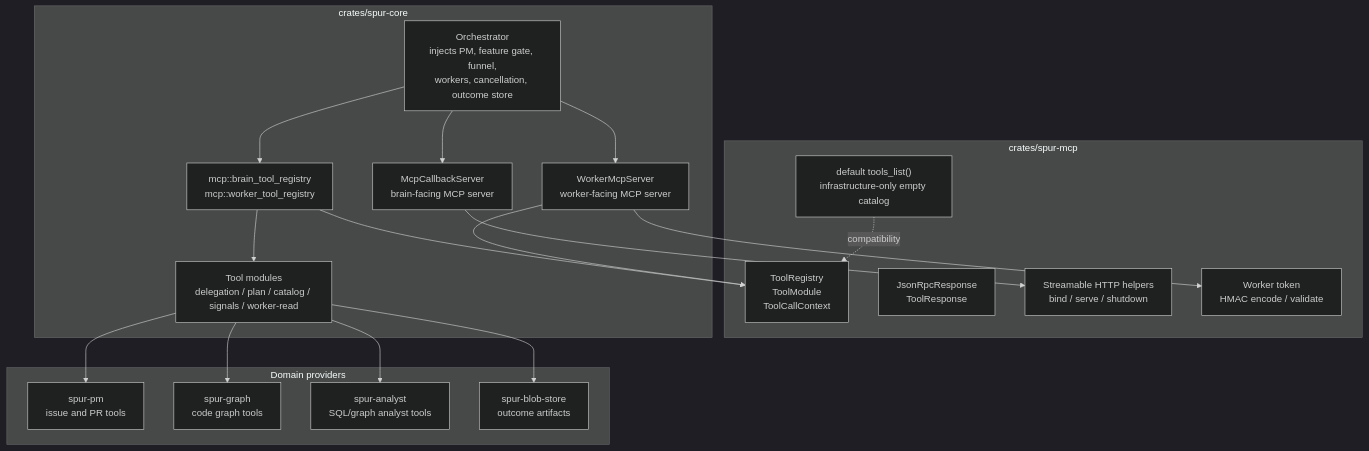
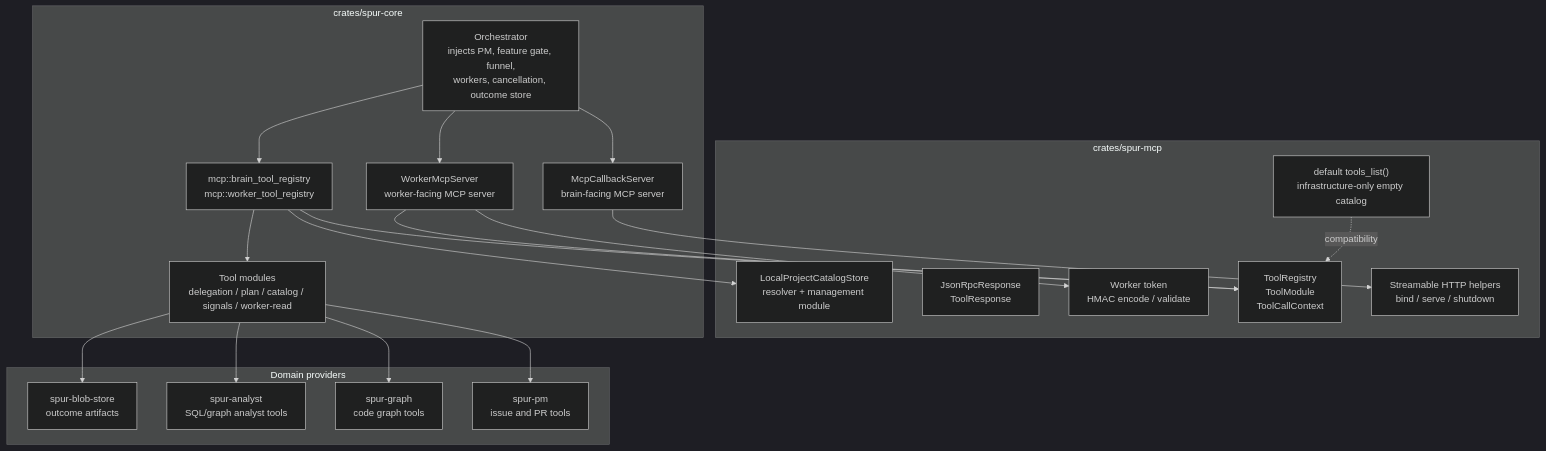
Before and after one commit to getspur/spur: the first of 4 diagrams in docs/architecture/spur-mcp-tools-architecture.md, drawn with Mermaid (dark theme). The commit also changed other lines of this file and 25 other files, not shown here.

Commit message:
feat(spur-mcp): bd-2ztrq add named project routing

````diff
--- a/docs/architecture/spur-mcp-tools-architecture.md
+++ b/docs/architecture/spur-mcp-tools-architecture.md
@@ -15,39 +15,41 @@
 ```mermaid
 flowchart TB
     subgraph Infra["crates/spur-mcp"]
         Registry["ToolRegistry<br/>ToolModule<br/>ToolCallContext"]
         Response["JsonRpcResponse<br/>ToolResponse"]
         Transport["Streamable HTTP helpers<br/>bind / serve / shutdown"]
         Token["Worker token<br/>HMAC encode / validate"]
         EmptyCatalog["default tools_list()<br/>infrastructure-only empty catalog"]
+        LocalCatalog["LocalProjectCatalogStore<br/>resolver + management module"]
     end
 
     subgraph Core["crates/spur-core"]
         CoreMcp["mcp::brain_tool_registry<br/>mcp::worker_tool_registry"]
         BrainServer["McpCallbackServer<br/>brain-facing MCP server"]
         WorkerServer["WorkerMcpServer<br/>worker-facing MCP server"]
         Orchestrator["Orchestrator<br/>injects PM, feature gate, funnel,<br/>workers, cancellation, outcome store"]
         DomainModules["Tool modules<br/>delegation / plan / catalog / signals / worker-read"]
     end
 
     subgraph DomainCrates["Domain providers"]
         PM["spur-pm<br/>issue and PR tools"]
         Graph["spur-graph<br/>code graph tools"]
         Analyst["spur-analyst<br/>SQL/graph analyst tools"]
         Blob["spur-blob-store<br/>outcome artifacts"]
     end
 
     CoreMcp --> Registry
+    CoreMcp --> LocalCatalog
     BrainServer --> Transport
     WorkerServer --> Token
     WorkerServer --> Registry
     Orchestrator --> BrainServer
     Orchestrator --> WorkerServer
     Orchestrator --> CoreMcp
     CoreMcp --> DomainModules
     DomainModules --> PM
     DomainModules --> Graph
     DomainModules --> Analyst
     DomainModules --> Blob
     EmptyCatalog -. compatibility .-> Registry
 ```
````
